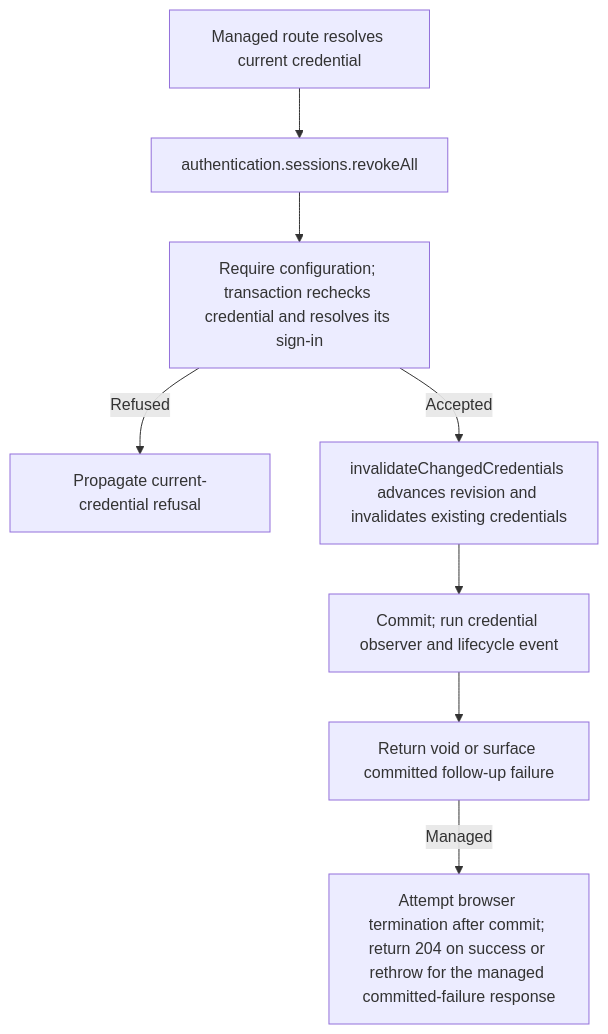
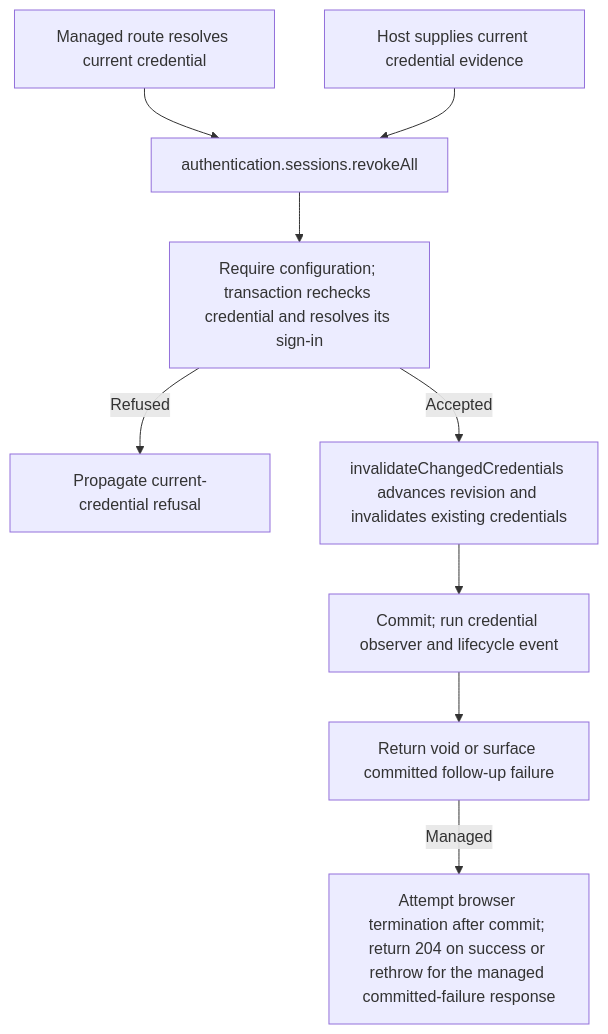
The second of 2 diagrams in user-stories/US-ACCOUNT-17-revoke-all-devices.md (Kevinjohn/oss-adonisjs-account-kit), drawn with Mermaid before and after one commit. The commit also changed 42 other files, not shown here.

````diff
--- a/user-stories/US-ACCOUNT-17-revoke-all-devices.md
+++ b/user-stories/US-ACCOUNT-17-revoke-all-devices.md
@@ -30,10 +30,11 @@
 ```mermaid
 flowchart TD
   M["Managed route resolves current credential"] --> A["authentication.sessions.revokeAll"]
+  H0["Host supplies current credential evidence"] --> A
   A --> B["Require configuration; transaction rechecks credential and resolves its sign-in"]
   B -->|Refused| X["Propagate current-credential refusal"]
   B -->|Accepted| C["invalidateChangedCredentials advances revision and invalidates existing credentials"]
   C --> D["Commit; run credential observer and lifecycle event"]
   D --> E["Return void or surface committed follow-up failure"]
   E -->|Managed| F["Attempt browser termination after commit; return 204 on success or rethrow for the managed committed-failure response"]
 ```
````
